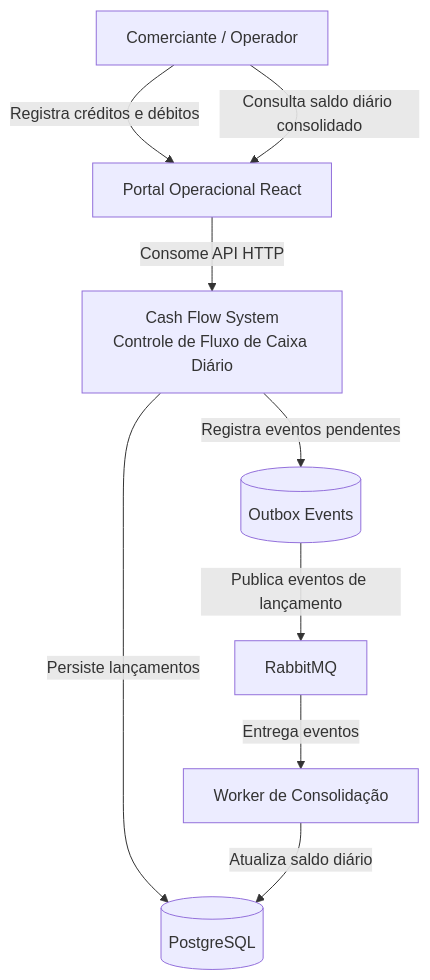
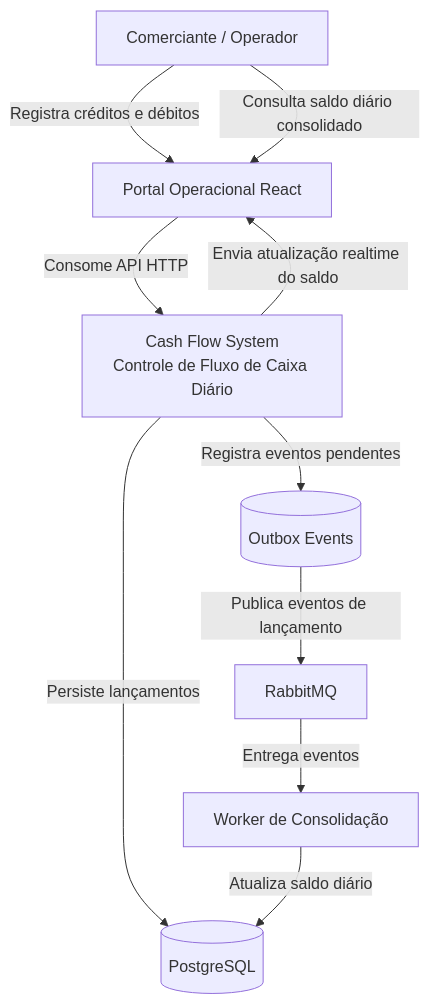
The first of 8 diagrams in docs/architecture.md (evosoftwares/cashflow-challenge-Gabriel), drawn with Mermaid before and after one commit. The commit also changed other lines of this file and 11 other files, not shown here.

````diff
--- a/docs/architecture.md
+++ b/docs/architecture.md
@@ -17,14 +17,15 @@
 ```mermaid
 flowchart TD
     USER[Comerciante / Operador]
     UI[Portal Operacional React]
     SYSTEM[Cash Flow System<br/>Controle de Fluxo de Caixa Diário]
     USER -->|Registra créditos e débitos| UI
     USER -->|Consulta saldo diário consolidado| UI
     UI -->|Consome API HTTP| SYSTEM
     SYSTEM -->|Persiste lançamentos| DB[(PostgreSQL)]
     SYSTEM -->|Registra eventos pendentes| OUTBOX[(Outbox Events)]
     OUTBOX -->|Publica eventos de lançamento| MQ[RabbitMQ]
     MQ -->|Entrega eventos| WORKER[Worker de Consolidação]
     WORKER -->|Atualiza saldo diário| DB
+    SYSTEM -->|Envia atualização realtime do saldo| UI
 ```
````
